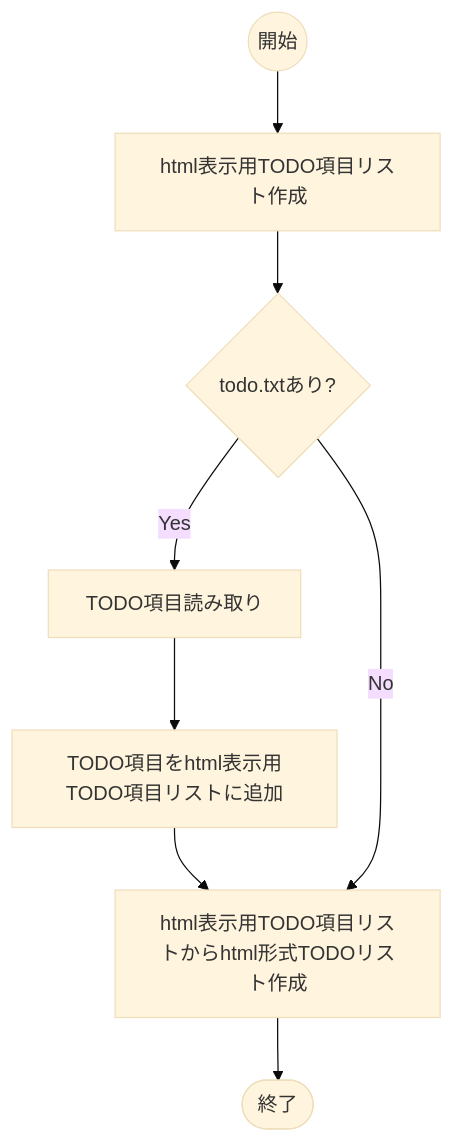
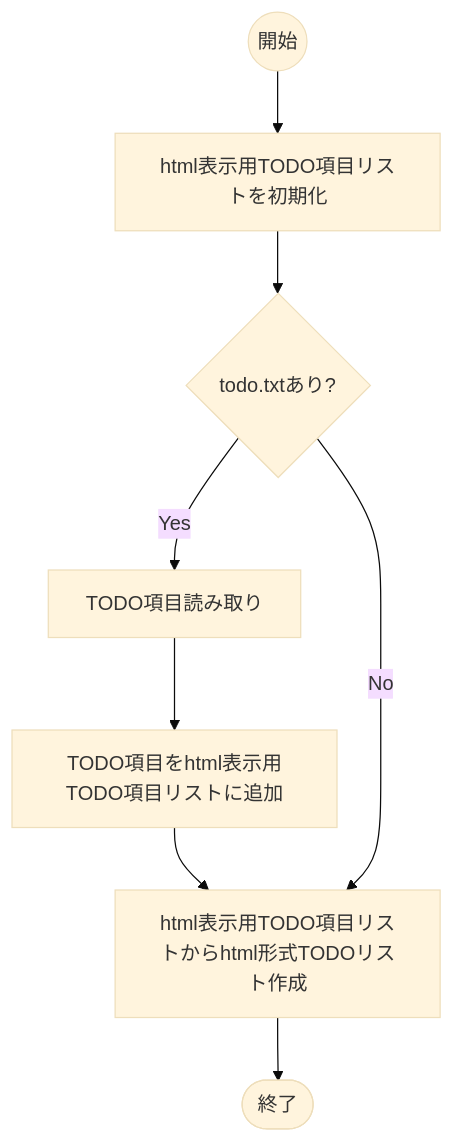
One commit to oc-soft/eg-http-python changed the diagram in docroot/spec/todo-spec/get-todo-flow.mermaid. Above: the diagram before and after it, drawn with Mermaid (base theme). The commit also changed 6 other files, not shown here.

```diff
--- a/docroot/spec/todo-spec/get-todo-flow.mermaid
+++ b/docroot/spec/todo-spec/get-todo-flow.mermaid
@@ -1,18 +1,18 @@
 flowchart TD
 
   start000@{shape: circle, label: "開始" }
   end000@{shape: stadium, label: "終了"}
 
-  init010@{shape: rect, label: "html表示用TODO項目リスト作成" }
+  init010@{shape: rect, label: "html表示用TODO項目リストを初期化" }
 
   dec010@{shape: diamond, label: "todo.txtあり?"}
 
   proc010@{shape: rect, label: "TODO項目読み取り"}
   proc020@{shape: rect, label: "TODO項目をhtml表示用TODO項目リストに追加"}
 
   proc100@{shape: rect, label: "html表示用TODO項目リストからhtml形式TODOリスト作成" }
   start000 --> init010 --> dec010
 
   dec010 -- Yes --> proc010 --> proc020 --> proc100
   dec010 -- No --> proc100
   proc100 --> end000
```
